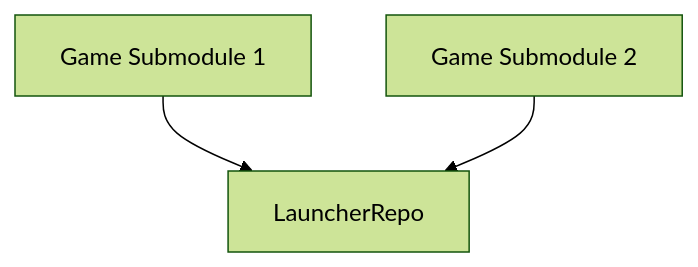
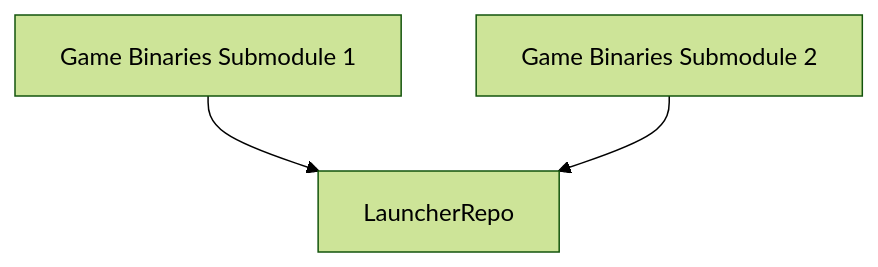
One commit to sibjor/ArcadeMachineApplication changed the diagram in README.md. Above: the diagram before and after it, drawn with Mermaid (forest theme).

````diff
--- a/README.md
+++ b/README.md
@@ -9,5 +9,5 @@
 ```mermaid
   graph TD;
-      A[Game Submodule 1]-->B[LauncherRepo];
-      C[Game Submodule 2]-->B[LauncherRepo];
+      A[Game Binaries Submodule 1]-->B[LauncherRepo];
+      C[Game Binaries Submodule 2]-->B[LauncherRepo];
 ```
````
